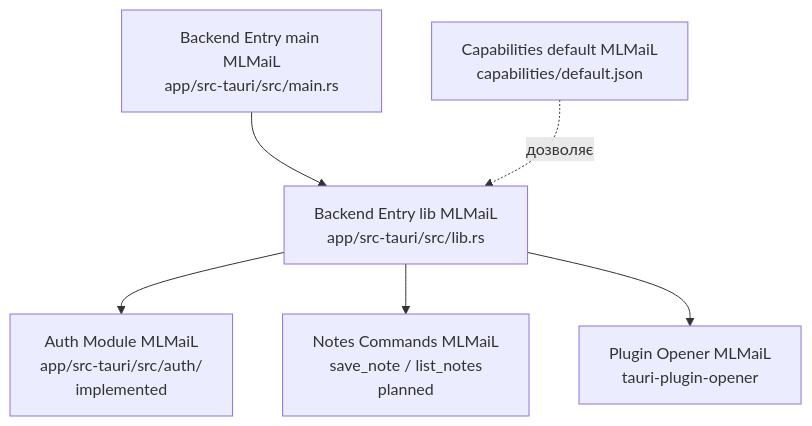
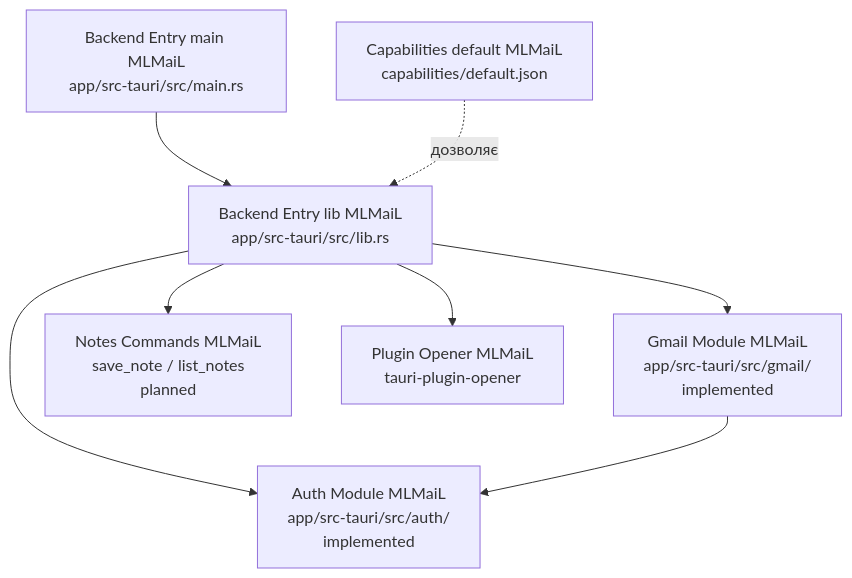
The second of 2 diagrams in docs/ci4/03-components.md (vitaliytv/mlmail), drawn with Mermaid before and after one commit. The commit also changed other lines of this file, not shown here.

First line of the commit message:
docs(ci4): components — додати Gmail Module + оновити Auth Store

````diff
--- a/docs/ci4/03-components.md
+++ b/docs/ci4/03-components.md
@@ -226,15 +216,18 @@
 ```mermaid
 graph TB
     EntryMain[Backend Entry main MLMaiL<br/>app/src-tauri/src/main.rs]
     EntryLib[Backend Entry lib MLMaiL<br/>app/src-tauri/src/lib.rs]
     AuthMod[Auth Module MLMaiL<br/>app/src-tauri/src/auth/<br/>implemented]
+    GmailMod[Gmail Module MLMaiL<br/>app/src-tauri/src/gmail/<br/>implemented]
     NotesCmd[Notes Commands MLMaiL<br/>save_note / list_notes<br/>planned]
     Opener[Plugin Opener MLMaiL<br/>tauri-plugin-opener]
     Capabilities[Capabilities default MLMaiL<br/>capabilities/default.json]
 
     EntryMain --> EntryLib
     EntryLib --> AuthMod
+    EntryLib --> GmailMod
     EntryLib --> NotesCmd
     EntryLib --> Opener
+    GmailMod --> AuthMod
     Capabilities -. дозволяє .-> EntryLib
 ```
````
